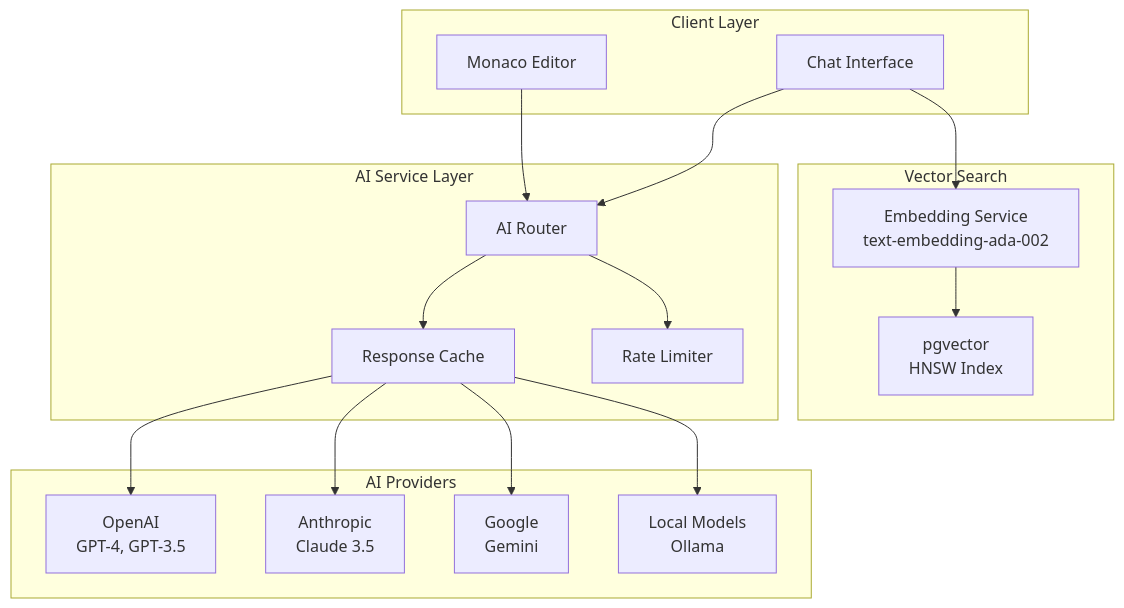
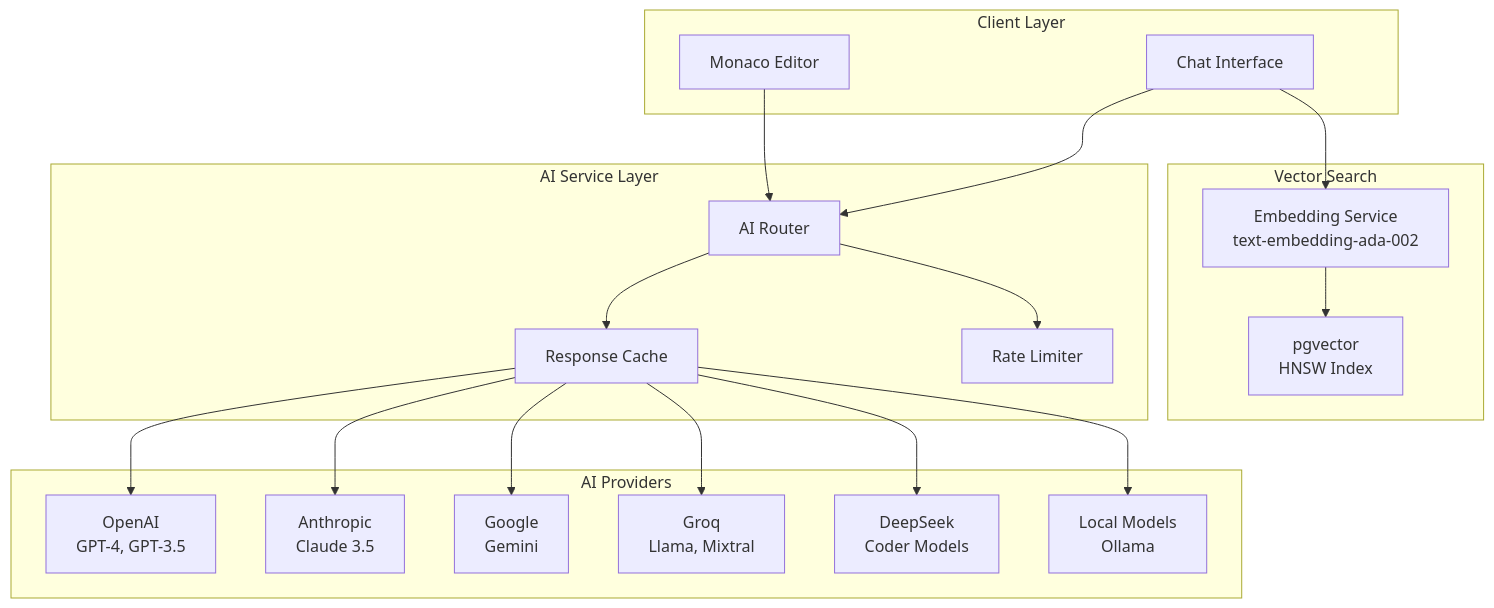
Before and after one commit to ryanmaclean/vibecode-webgui: diagram 11 of 14 in ARCHITECTURE.md, drawn with Mermaid. The commit also changed other lines of this file and 35 other files, not shown here.

````diff
--- a/ARCHITECTURE.md
+++ b/ARCHITECTURE.md
@@ -852,39 +971,43 @@
 ```mermaid
 graph TB
     subgraph "Client Layer"
         Editor[Monaco Editor]
         Chat[Chat Interface]
     end
 
     subgraph "AI Service Layer"
         Router[AI Router]
         Cache[Response Cache]
         RateLimit[Rate Limiter]
     end
 
     subgraph "AI Providers"
         OpenAI[OpenAI<br/>GPT-4, GPT-3.5]
         Anthropic[Anthropic<br/>Claude 3.5]
         Google[Google<br/>Gemini]
+        Groq[Groq<br/>Llama, Mixtral]
+        DeepSeek[DeepSeek<br/>Coder Models]
         Local[Local Models<br/>Ollama]
     end
 
     subgraph "Vector Search"
         Embedding[Embedding Service<br/>text-embedding-ada-002]
         Vector[pgvector<br/>HNSW Index]
     end
 
     Editor --> Router
     Chat --> Router
 
     Router --> Cache
     Router --> RateLimit
 
     Cache --> OpenAI
     Cache --> Anthropic
     Cache --> Google
+    Cache --> Groq
+    Cache --> DeepSeek
     Cache --> Local
 
     Chat --> Embedding
     Embedding --> Vector
 ```
````
